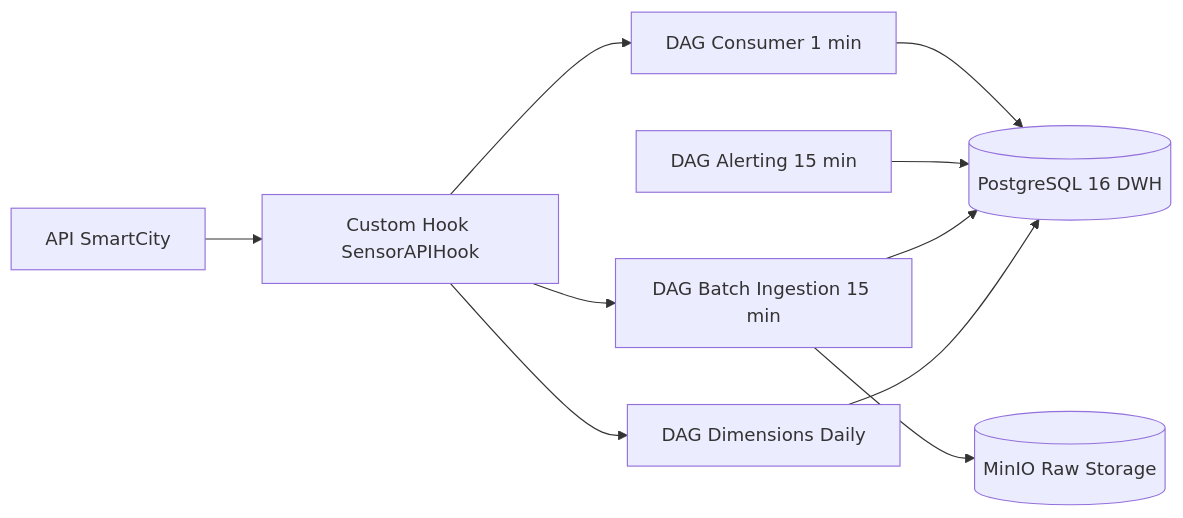
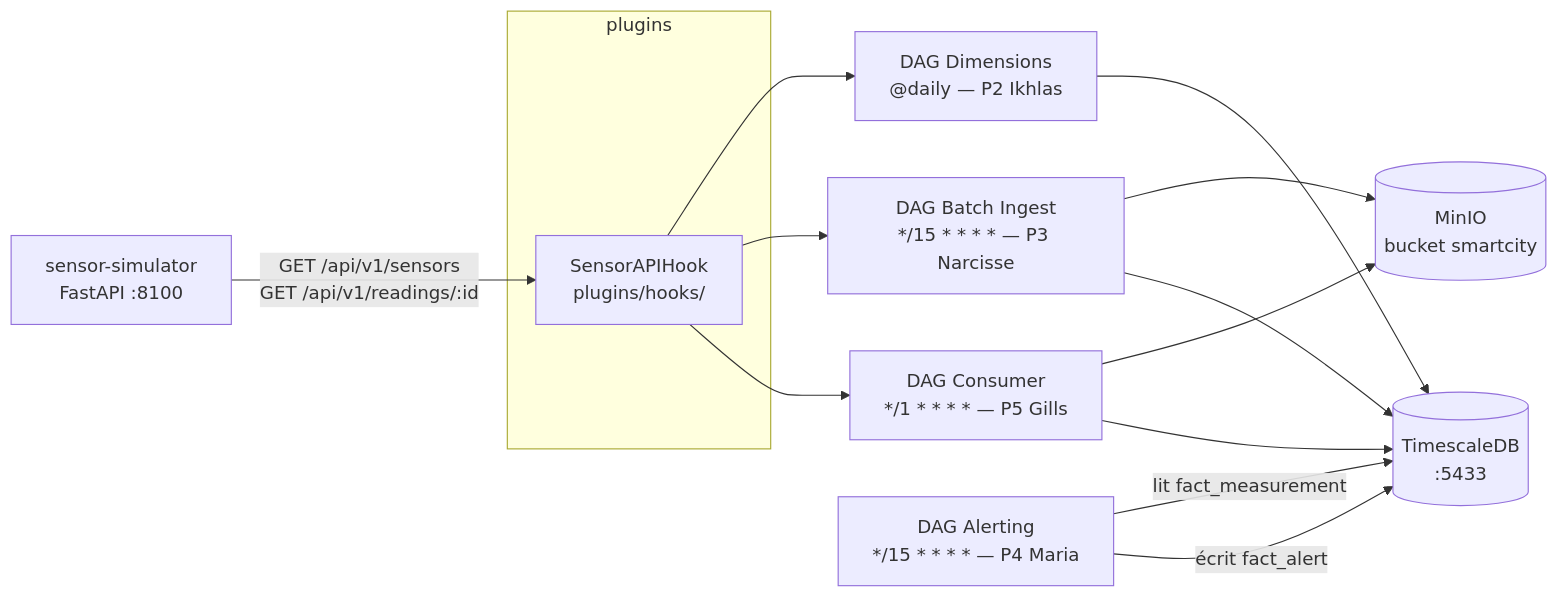
One commit to mariamenni/SmartCity changed the diagram in README.md. Above: the diagram before and after it, drawn with Mermaid. The commit also changed other lines of this file and 51 other files, not shown here.

````diff
--- a/README.md
+++ b/README.md
@@ -40,12 +46,21 @@
 ```mermaid
 flowchart LR
-    api[API SmartCity] --> hook[Custom Hook SensorAPIHook]
-    hook --> dag_dims[DAG Dimensions Daily]
-    hook --> dag_batch[DAG Batch Ingestion 15 min]
-    hook --> dag_consumer[DAG Consumer 1 min]
-    dag_dims --> dwh[(PostgreSQL 16 DWH)]
-    dag_batch --> dwh
-    dag_batch --> minio[(MinIO Raw Storage)]
-    dag_alert[DAG Alerting 15 min] --> dwh
+    sim[sensor-simulator\nFastAPI :8100] -->|GET /api/v1/sensors\nGET /api/v1/readings/:id| hook
+
+    subgraph plugins
+        hook[SensorAPIHook\nplugins/hooks/]
+    end
+
+    hook --> dag_dims[DAG Dimensions\n@daily — P2 Ikhlas]
+    hook --> dag_batch[DAG Batch Ingest\n*/15 * * * * — P3 Narcisse]
+    hook --> dag_consumer[DAG Consumer\n*/1 * * * * — P5 Gills]
+
+    dag_dims    --> dwh[(TimescaleDB\n:5433)]
+    dag_batch   --> minio[(MinIO\nbucket smartcity)]
+    dag_batch   --> dwh
+    dag_consumer --> minio
     dag_consumer --> dwh
+
+    dag_alert[DAG Alerting\n*/15 * * * * — P4 Maria] -->|lit fact_measurement| dwh
+    dag_alert -->|écrit fact_alert| dwh
 ```
````
